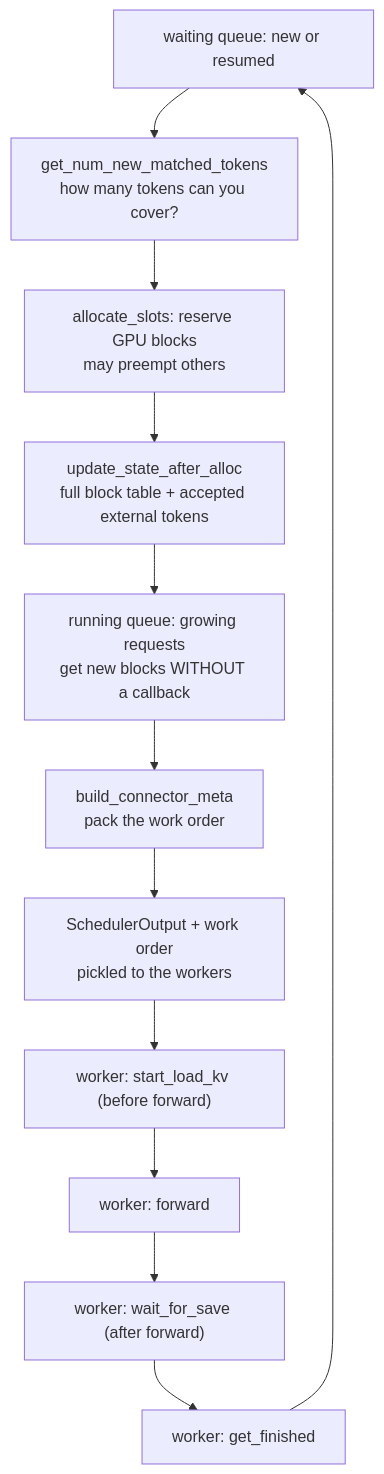
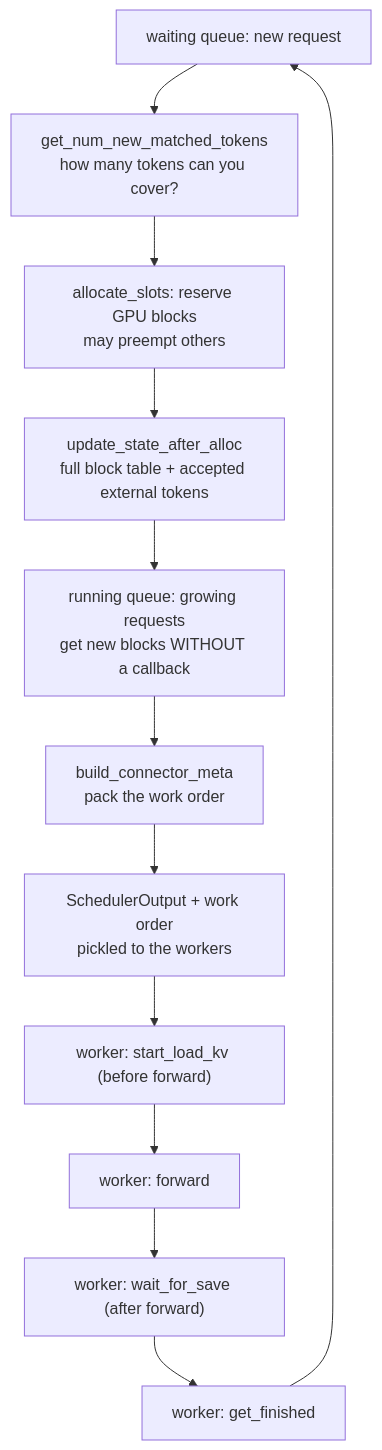
Before and after one commit to cocotyty/intel-accel-for-llm: the first of 6 diagrams in doc/design/kvshrink-hybrid.md, drawn with Mermaid. The commit also changed other lines of this file and 11 other files, not shown here.

````diff
--- a/doc/design/kvshrink-hybrid.md
+++ b/doc/design/kvshrink-hybrid.md
@@ -113,14 +113,14 @@
 ```mermaid
 flowchart TD
-    A[waiting queue: new or resumed] --> B["get_num_new_matched_tokens<br/>how many tokens can you cover?"]
+    A[waiting queue: new request] --> B["get_num_new_matched_tokens<br/>how many tokens can you cover?"]
     B --> C[allocate_slots: reserve GPU blocks<br/>may preempt others]
     C --> D["update_state_after_alloc<br/>full block table + accepted external tokens"]
     D --> E[running queue: growing requests<br/>get new blocks WITHOUT a callback]
     E --> F["build_connector_meta<br/>pack the work order"]
     F --> G[SchedulerOutput + work order<br/>pickled to the workers]
     G --> H["worker: start_load_kv (before forward)"]
     H --> I[worker: forward]
     I --> J["worker: wait_for_save (after forward)"]
     J --> K[worker: get_finished]
     K --> A
 ```
````
